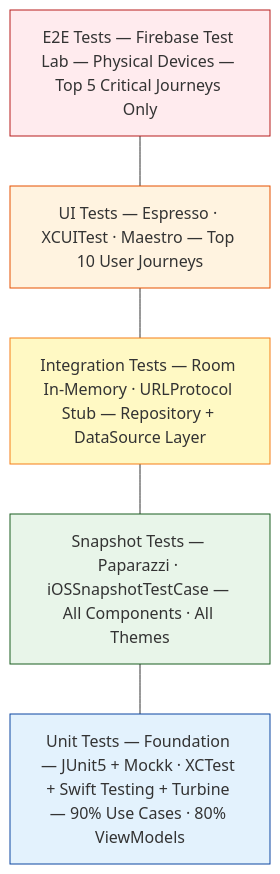
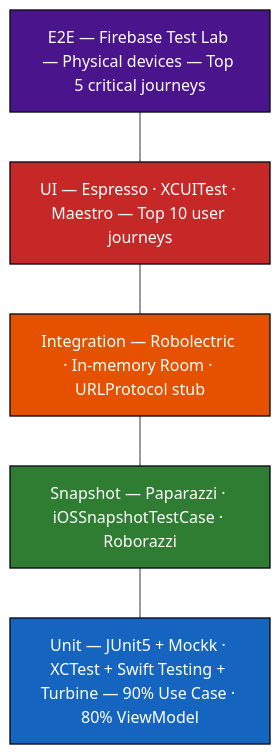
One commit to jeril-ascendion/knowledge-library changed the diagram in content/technology/mobile/quality/diagram.mmd. Above: the diagram before and after it, drawn with Mermaid. The commit also changed 16 other files, not shown here.

```diff
--- a/content/technology/mobile/quality/diagram.mmd
+++ b/content/technology/mobile/quality/diagram.mmd
@@ -1,12 +1,23 @@
 flowchart TD
-  E2E["E2E Tests — Firebase Test Lab — Physical Devices — Top 5 Critical Journeys Only"]
-  UI["UI Tests — Espresso · XCUITest · Maestro — Top 10 User Journeys"]
-  INTG["Integration Tests — Room In-Memory · URLProtocol Stub — Repository + DataSource Layer"]
-  SNAP["Snapshot Tests — Paparazzi · iOSSnapshotTestCase — All Components · All Themes"]
-  UNIT["Unit Tests — Foundation — JUnit5 + Mockk · XCTest + Swift Testing + Turbine — 90% Use Cases · 80% ViewModels"]
-  E2E --- UI --- INTG --- SNAP --- UNIT
-  style E2E fill:#FFEBEE,stroke:#B71C1C
-  style UI fill:#FFF3E0,stroke:#E65100
-  style INTG fill:#FFF9C4,stroke:#F57F17
-  style SNAP fill:#E8F5E9,stroke:#1B5E20
-  style UNIT fill:#E3F2FD,stroke:#0D47A1
+  E2E["E2E — Firebase Test Lab — Physical devices — Top 5 critical journeys"]
+  UI["UI — Espresso · XCUITest · Maestro — Top 10 user journeys"]
+  INTG["Integration — Robolectric · In-memory Room · URLProtocol stub"]
+  SNAP["Snapshot — Paparazzi · iOSSnapshotTestCase · Roborazzi"]
+  UNIT["Unit — JUnit5 + Mockk · XCTest + Swift Testing + Turbine — 90% Use Case · 80% ViewModel"]
+
+  E2E --- UI
+  UI --- INTG
+  INTG --- SNAP
+  SNAP --- UNIT
+
+  classDef e2e fill:#4A148C,stroke:#0D1117,color:#FFFFFF,stroke-width:1.4px
+  classDef ui fill:#C62828,stroke:#0D1117,color:#FFFFFF,stroke-width:1.4px
+  classDef intg fill:#E65100,stroke:#0D1117,color:#FFFFFF,stroke-width:1.4px
+  classDef snap fill:#2E7D32,stroke:#0D1117,color:#FFFFFF,stroke-width:1.4px
+  classDef unit fill:#1565C0,stroke:#0D1117,color:#FFFFFF,stroke-width:1.4px
+
+  class E2E e2e
+  class UI ui
+  class INTG intg
+  class SNAP snap
+  class UNIT unit
```
